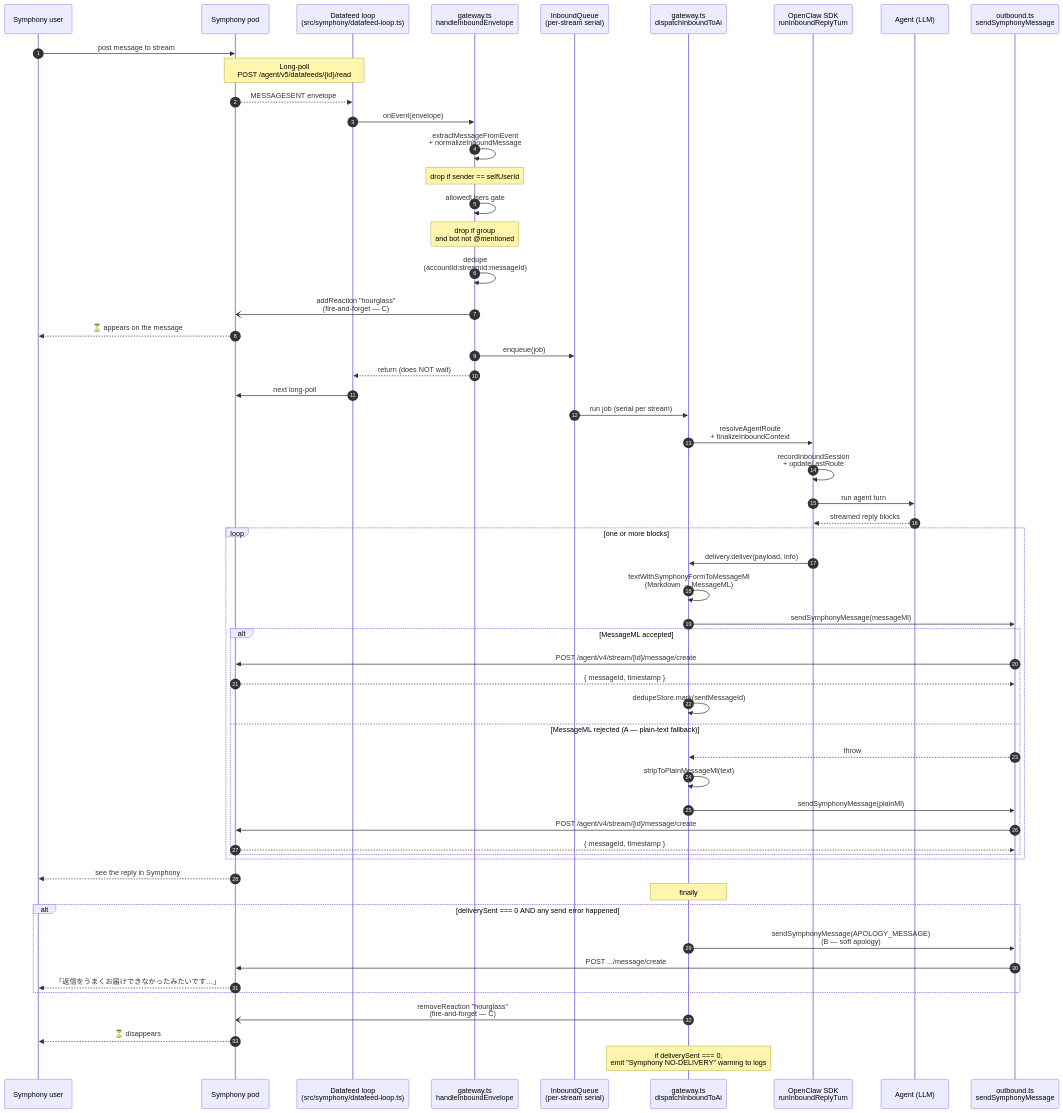
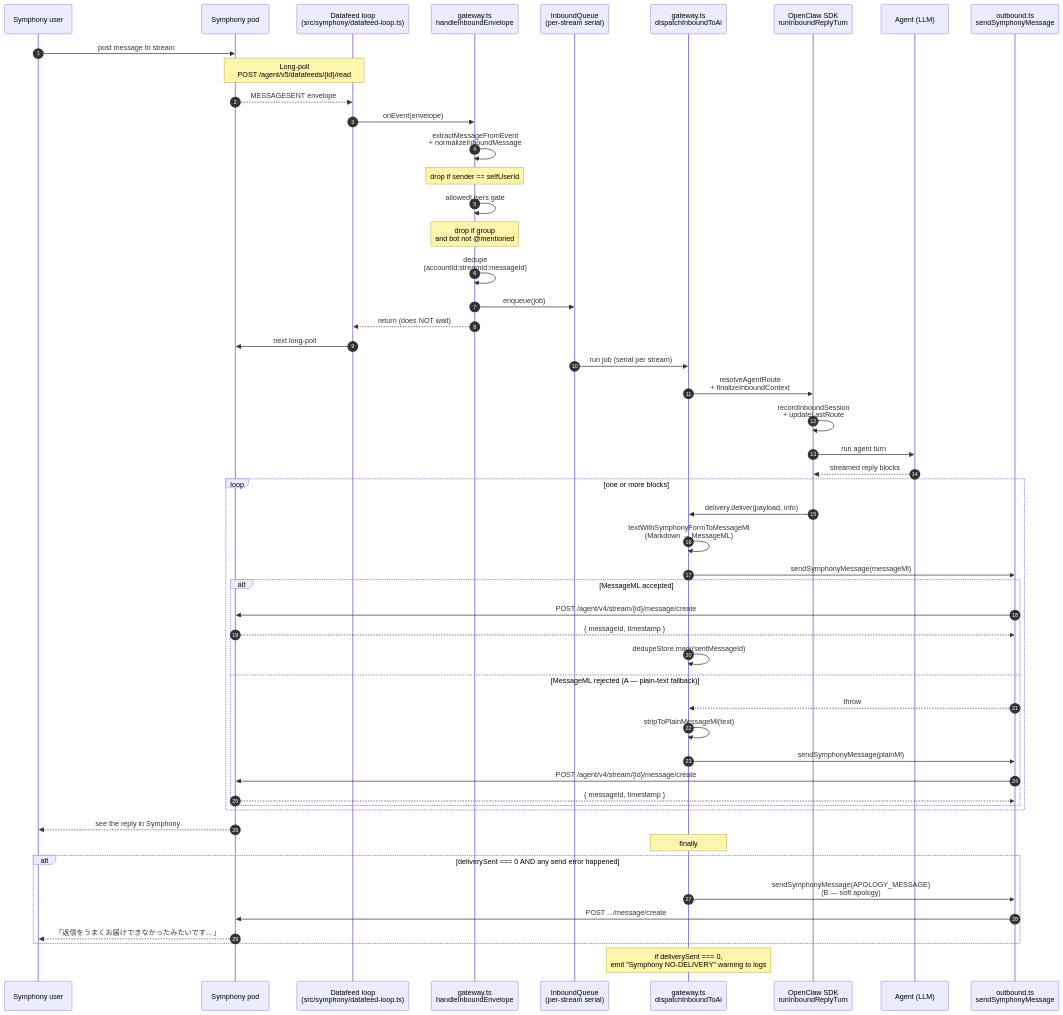
The first of 5 diagrams in docs/message-flow.md (ShunsukeTamura06/openclaw-symphony-plugin), drawn with Mermaid before and after one commit. The commit also changed other lines of this file and 6 other files, not shown here.

````diff
--- a/docs/message-flow.md
+++ b/docs/message-flow.md
@@ -8,62 +8,58 @@
 ```mermaid
 sequenceDiagram
     autonumber
     participant U as Symphony user
     participant SP as Symphony pod
     participant DL as Datafeed loop<br/>(src/symphony/datafeed-loop.ts)
     participant GW as gateway.ts<br/>handleInboundEnvelope
     participant Q as InboundQueue<br/>(per-stream serial)
     participant DI as gateway.ts<br/>dispatchInboundToAi
     participant SDK as OpenClaw SDK<br/>runInboundReplyTurn
     participant AI as Agent (LLM)
     participant OUT as outbound.ts<br/>sendSymphonyMessage
 
     U->>SP: post message to stream
     Note over DL,SP: Long-poll<br/>POST /agent/v5/datafeeds/{id}/read
     SP-->>DL: MESSAGESENT envelope
     DL->>GW: onEvent(envelope)
 
     GW->>GW: extractMessageFromEvent<br/>+ normalizeInboundMessage
     Note over GW: drop if sender == selfUserId
     GW->>GW: allowedUsers gate
     Note over GW: drop if group<br/>and bot not @mentioned
     GW->>GW: dedupe<br/>(accountId:streamId:messageId)
-    GW-)SP: addReaction "hourglass"<br/>(fire-and-forget — C)
-    SP-->>U: ⏳ appears on the message
     GW->>Q: enqueue(job)
     GW-->>DL: return (does NOT wait)
     DL->>SP: next long-poll
 
     Q->>DI: run job (serial per stream)
     DI->>SDK: resolveAgentRoute<br/>+ finalizeInboundContext
     SDK->>SDK: recordInboundSession<br/>+ updateLastRoute
     SDK->>AI: run agent turn
     AI-->>SDK: streamed reply blocks
     loop one or more blocks
         SDK->>DI: delivery.deliver(payload, info)
         DI->>DI: textWithSymphonyFormToMessageMl<br/>(Markdown → MessageML)
         DI->>OUT: sendSymphonyMessage(messageMl)
         alt MessageML accepted
             OUT->>SP: POST /agent/v4/stream/{id}/message/create
             SP-->>OUT: { messageId, timestamp }
             DI->>DI: dedupeStore.mark(sentMessageId)
         else MessageML rejected (A — plain-text fallback)
             OUT-->>DI: throw
             DI->>DI: stripToPlainMessageMl(text)
             DI->>OUT: sendSymphonyMessage(plainMl)
             OUT->>SP: POST /agent/v4/stream/{id}/message/create
             SP-->>OUT: { messageId, timestamp }
         end
     end
     SP-->>U: see the reply in Symphony
 
     Note over DI: finally
     alt deliverySent === 0 AND any send error happened
         DI->>OUT: sendSymphonyMessage(APOLOGY_MESSAGE)<br/>(B — soft apology)
         OUT->>SP: POST .../message/create
         SP-->>U: 「返信をうまくお届けできなかったみたいです…」
     end
-    DI-)SP: removeReaction "hourglass"<br/>(fire-and-forget — C)
-    SP-->>U: ⏳ disappears
     Note over DI: if deliverySent === 0,<br/>emit "Symphony NO-DELIVERY" warning to logs
 ```
````
